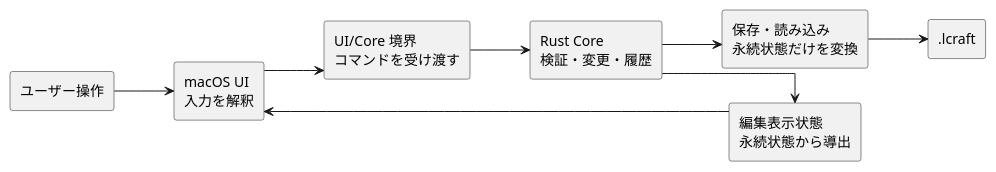
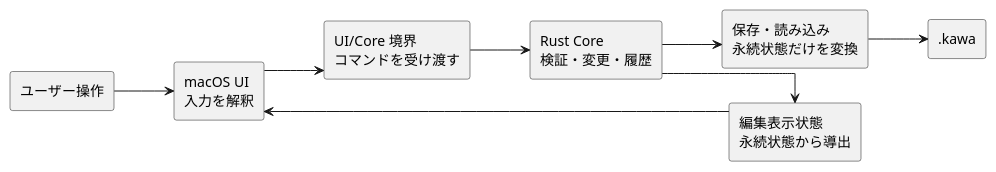
Before and after one commit to t-shin-komae/kawacad: the second of 5 diagrams in docs/design/cad-foundation/overview.md, drawn with PlantUML. The commit also changed other lines of this file and 45 other files, not shown here.

````diff
--- a/docs/design/cad-foundation/overview.md
+++ b/docs/design/cad-foundation/overview.md
@@ -68,23 +68,23 @@
 ```plantuml
 @startuml
 left to right direction
 
 skinparam shadowing false
 skinparam packageStyle rectangle
 skinparam linetype ortho
   rectangle "ユーザー操作" as User
   rectangle "macOS UI\n入力を解釈" as UI
 User --> UI
   rectangle "UI/Core 境界\nコマンドを受け渡す" as Boundary
 UI --> Boundary
   rectangle "Rust Core\n検証・変更・履歴" as Core
 Boundary --> Core
   rectangle "編集表示状態\n永続状態から導出" as Snapshot
 Core --> Snapshot
 Snapshot --> UI
   rectangle "保存・読み込み\n永続状態だけを変換" as Store
 Core --> Store
-  rectangle ".lcraft" as File
+  rectangle ".kawa" as File
 Store --> File
 @enduml
 ```
````
